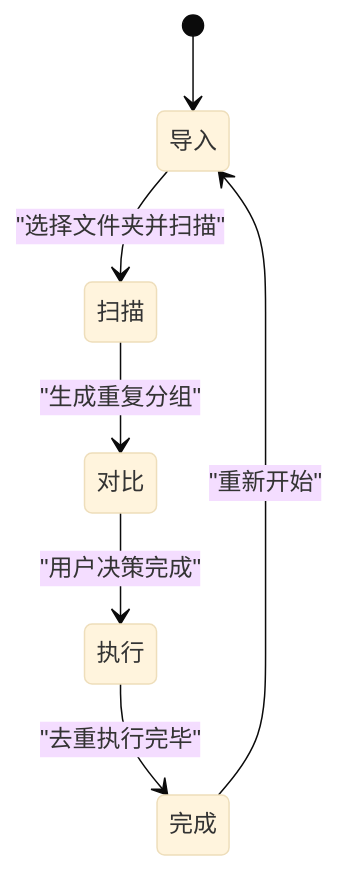
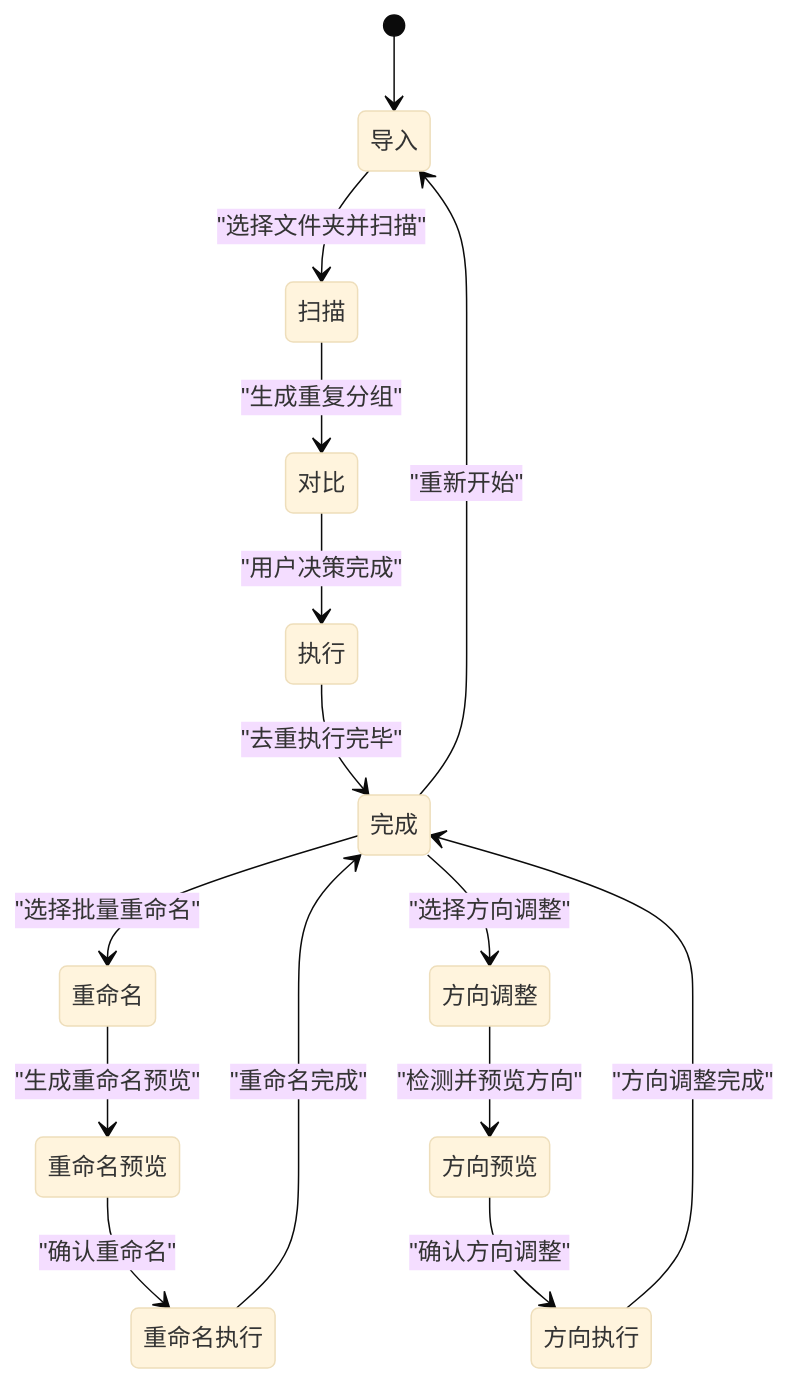
Before and after one commit to remgasuki/ReDoPhoto: the tenth of 10 diagrams in .qoder/repowiki/zh/content/用户界面系统/状态管理系统.md, drawn with Mermaid (base theme). The commit also changed other lines of this file and 10 other files, not shown here.

````diff
--- a/.qoder/repowiki/zh/content/用户界面系统/状态管理系统.md
+++ b/.qoder/repowiki/zh/content/用户界面系统/状态管理系统.md
@@ -327,9 +487,17 @@
 ```mermaid
 stateDiagram-v2
 [*] --> 导入
 导入 --> 扫描 : "选择文件夹并扫描"
 扫描 --> 对比 : "生成重复分组"
 对比 --> 执行 : "用户决策完成"
 执行 --> 完成 : "去重执行完毕"
+完成 --> 重命名 : "选择批量重命名"
+重命名 --> 重命名预览 : "生成重命名预览"
+重命名预览 --> 重命名执行 : "确认重命名"
+重命名执行 --> 完成 : "重命名完成"
+完成 --> 方向调整 : "选择方向调整"
+方向调整 --> 方向预览 : "检测并预览方向"
+方向预览 --> 方向执行 : "确认方向调整"
+方向执行 --> 完成 : "方向调整完成"
 完成 --> 导入 : "重新开始"
 ```
````
